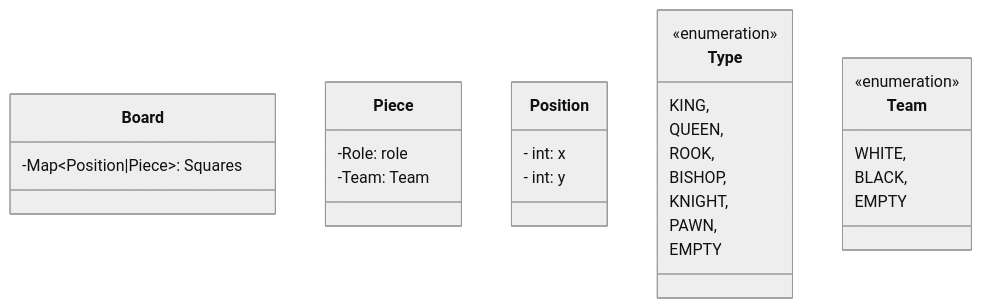
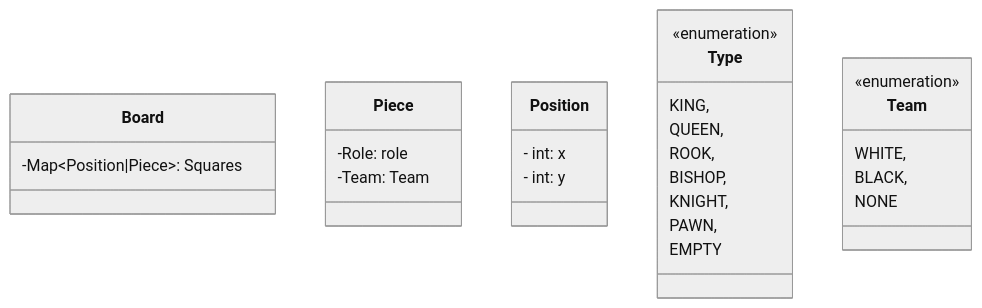
One commit to woowacourse/java-chess changed the diagram in README.md. Above: the diagram before and after it, drawn with Mermaid (neutral theme). The commit also changed other lines of this file, not shown here.

````diff
--- a/README.md
+++ b/README.md
@@ -9,36 +9,36 @@
 ```mermaid
 classDiagram
-    
+
     class Board {
         -Map~Position|Piece~: Squares
     }
-    
+
     class Piece {
         -Role: role
         -Team: Team
     }
-    
+
     class Position {
         - int: x
         - int: y
     }
-    
+
     class Type {
         <<enumeration>>
         KING,
         QUEEN,
         ROOK,
         BISHOP,
         KNIGHT,
         PAWN,
         EMPTY
     }
-    
+
     class Team {
         <<enumeration>>
         WHITE,
         BLACK,
-        EMPTY
+        NONE
     }
-    
+
 ```
````
